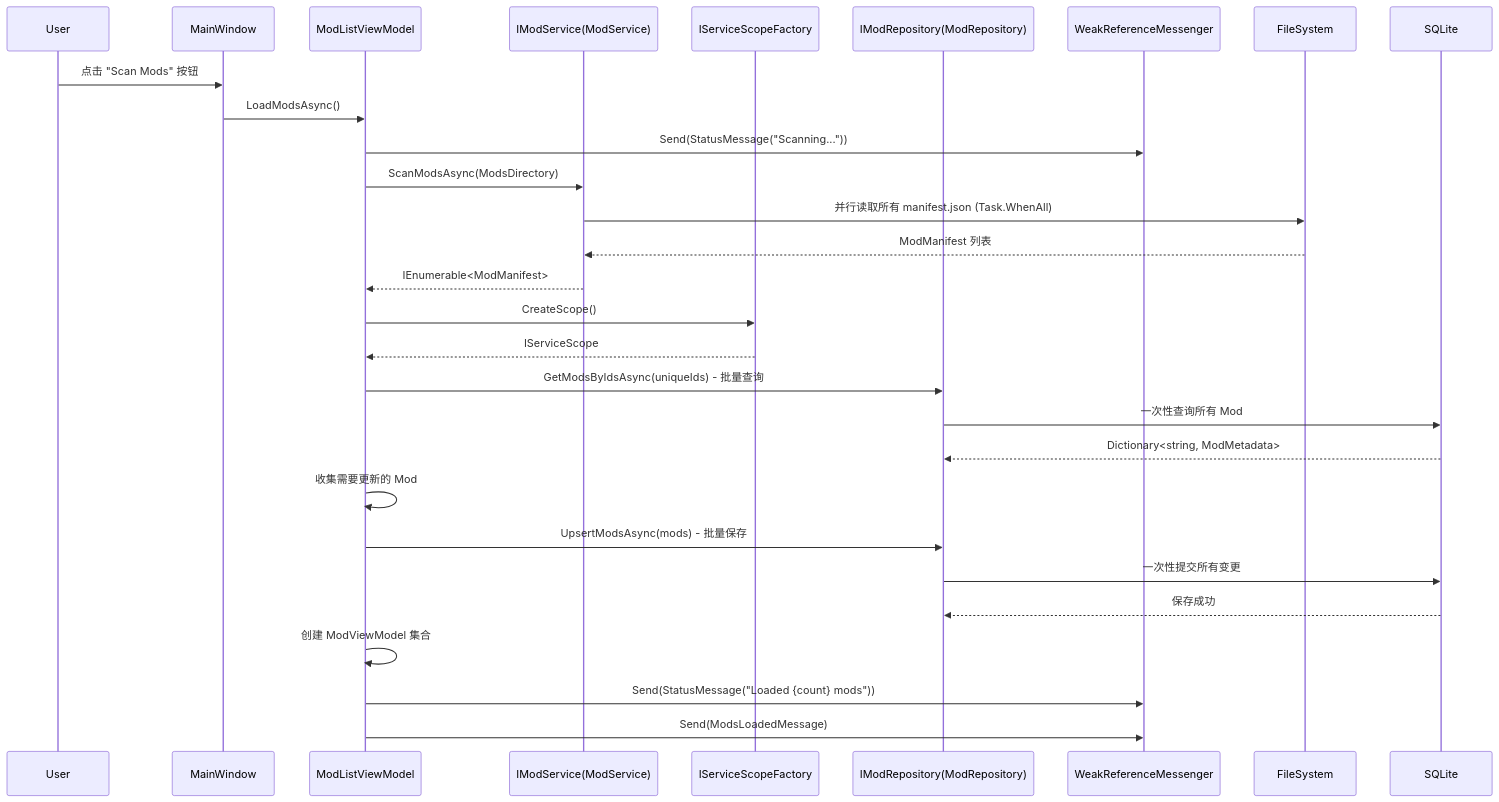
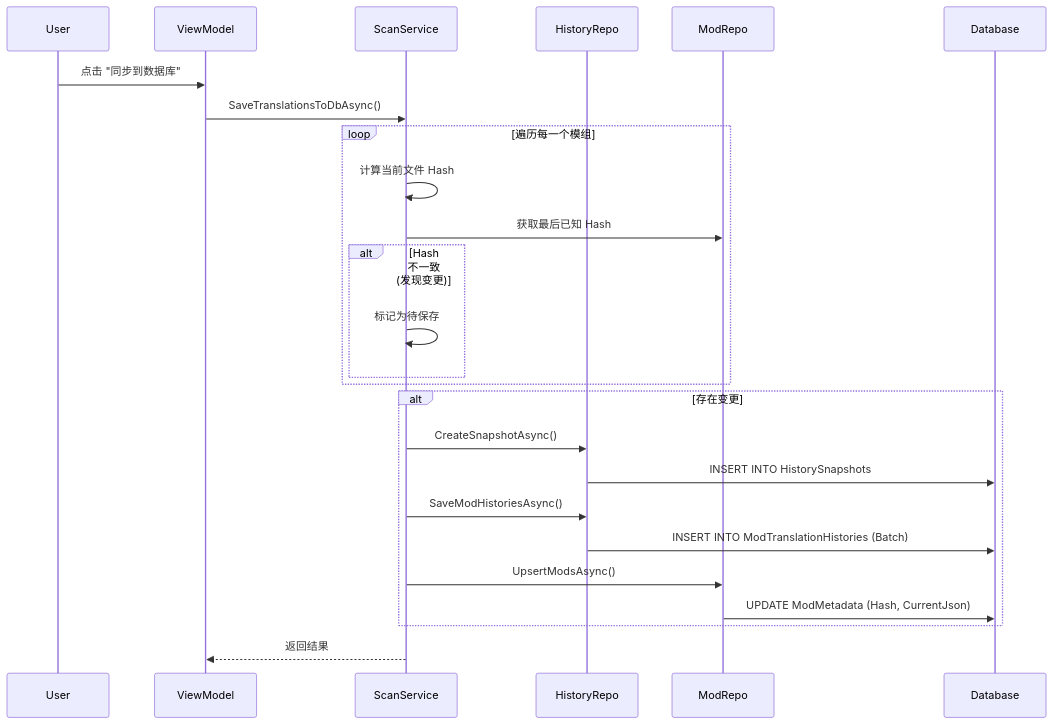
Before and after one commit to Sisyphean-a/SMTMS: the second of 3 diagrams in docs/ARCHITECTURE.md, drawn with Mermaid. The commit also changed other lines of this file and 39 other files, not shown here.

````diff
--- a/docs/ARCHITECTURE.md
+++ b/docs/ARCHITECTURE.md
@@ -260,35 +65,33 @@
 ```mermaid
 sequenceDiagram
-    participant U as User
-    participant V as MainWindow
-    participant ModListVM as ModListViewModel
-    participant MS as IModService(ModService)
-    participant Scope as IServiceScopeFactory
-    participant Repo as IModRepository(ModRepository)
-    participant Msg as WeakReferenceMessenger
-    participant FS as FileSystem
-    participant DB as SQLite
+    participant User
+    participant ViewModel
+    participant ScanService
+    participant HistoryRepo
+    participant ModRepo
+    participant Database
 
-    U->>V: 点击 "Scan Mods" 按钮
-    V->>ModListVM: LoadModsAsync()
-    ModListVM->>Msg: Send(StatusMessage("Scanning..."))
-    ModListVM->>MS: ScanModsAsync(ModsDirectory)
-    MS->>FS: 并行读取所有 manifest.json (Task.WhenAll)
-    FS-->>MS: ModManifest 列表
-    MS-->>ModListVM: IEnumerable<ModManifest>
+    User->>ViewModel: 点击 "同步到数据库"
+    ViewModel->>ScanService: SaveTranslationsToDbAsync()
+    
+    loop 遍历每一个模组
+        ScanService->>ScanService: 计算当前文件 Hash
+        ScanService->>ModRepo: 获取最后已知 Hash
+        alt Hash 不一致 (发现变更)
+            ScanService->>ScanService: 标记为待保存
+        end
+    end
 
-    ModListVM->>Scope: CreateScope()
-    Scope-->>ModListVM: IServiceScope
-    ModListVM->>Repo: GetModsByIdsAsync(uniqueIds) - 批量查询
-    Repo->>DB: 一次性查询所有 Mod
-    DB-->>Repo: Dictionary<string, ModMetadata>
-
-    ModListVM->>ModListVM: 收集需要更新的 Mod
-    ModListVM->>Repo: UpsertModsAsync(mods) - 批量保存
-    Repo->>DB: 一次性提交所有变更
-    DB-->>Repo: 保存成功
-
-    ModListVM->>ModListVM: 创建 ModViewModel 集合
-    ModListVM->>Msg: Send(StatusMessage("Loaded {count} mods"))
-    ModListVM->>Msg: Send(ModsLoadedMessage)
+    alt 存在变更
+        ScanService->>HistoryRepo: CreateSnapshotAsync()
+        HistoryRepo->>Database: INSERT INTO HistorySnapshots
+        
+        ScanService->>HistoryRepo: SaveModHistoriesAsync()
+        HistoryRepo->>Database: INSERT INTO ModTranslationHistories (Batch)
+        
+        ScanService->>ModRepo: UpsertModsAsync()
+        ModRepo->>Database: UPDATE ModMetadata (Hash, CurrentJson)
+    end
+    
+    ScanService-->>ViewModel: 返回结果
 ```
````
